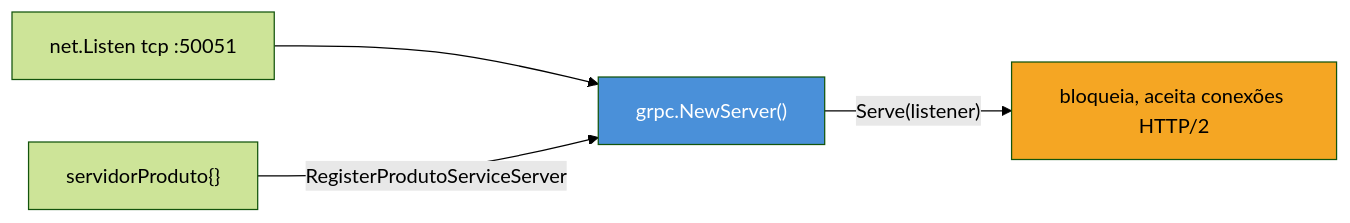
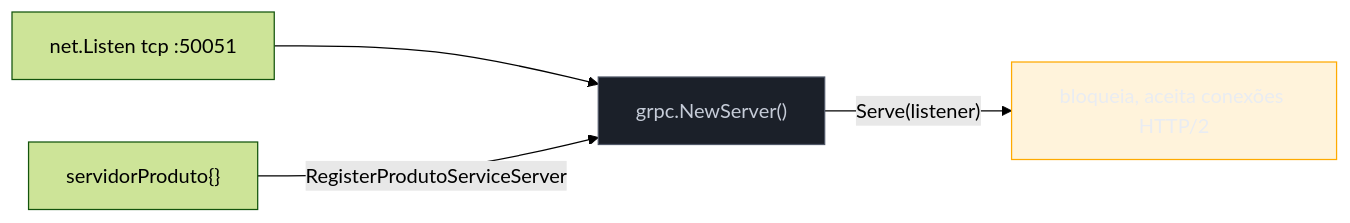
The first of 2 diagrams in 03-Dominios/Tecnologia/Go/12 - gRPC e protobuf/04 - Servidor e cliente gRPC.md (josenaldo/codex-technomanticus), drawn with Mermaid (forest theme) before and after one commit. The commit also changed 1181 other files, not shown here.

First line of the commit message:
fix(diagramas): paleta do sistema no lugar de cor cravada no markdown

````diff
--- a/03-Dominios/Tecnologia/Go/12 - gRPC e protobuf/04 - Servidor e cliente gRPC.md
+++ b/03-Dominios/Tecnologia/Go/12 - gRPC e protobuf/04 - Servidor e cliente gRPC.md
@@ -99,9 +99,11 @@
 ```mermaid
 flowchart LR
+    classDef neutro fill:#1B2029,stroke:#4E5666,color:#C6CCD8
+    classDef destaque fill:#FFAA0024,stroke:#FFAA00,color:#E9ECF2
     A["net.Listen tcp :50051"] --> B["grpc.NewServer()"]
     C["servidorProduto{}"] -->|"RegisterProdutoServiceServer"| B
     B -->|"Serve(listener)"| D["bloqueia, aceita conexões HTTP/2"]
 
-    style B fill:#4A90D9,color:#fff
-    style D fill:#F5A623,color:#000
+    class B neutro
+    class D destaque
 ```
````
